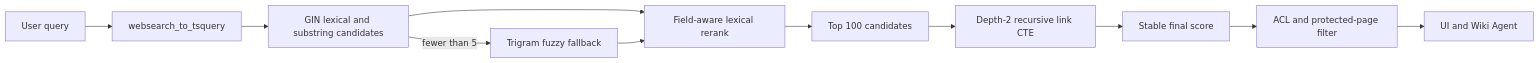
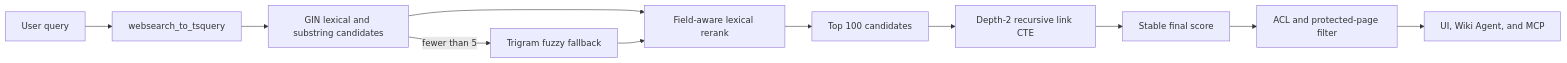
One commit to PhilosophiMoonbeam/tsEpistle changed the diagram in docs/search-architecture.md. Above: the diagram before and after it, drawn with Mermaid. The commit also changed other lines of this file and 81 other files, not shown here.

````diff
--- a/docs/search-architecture.md
+++ b/docs/search-architecture.md
@@ -59,13 +47,13 @@
 ```mermaid
 flowchart LR
     Q[User query] --> P[websearch_to_tsquery]
     P --> E[GIN lexical and substring candidates]
     E -->|fewer than 5| F[Trigram fuzzy fallback]
     E --> R[Field-aware lexical rerank]
     F --> R
     R --> C[Top 100 candidates]
     C --> G[Depth-2 recursive link CTE]
     G --> S[Stable final score]
     S --> A[ACL and protected-page filter]
-    A --> U[UI and Wiki Agent]
+    A --> U[UI, Wiki Agent, and MCP]
 ```
````
